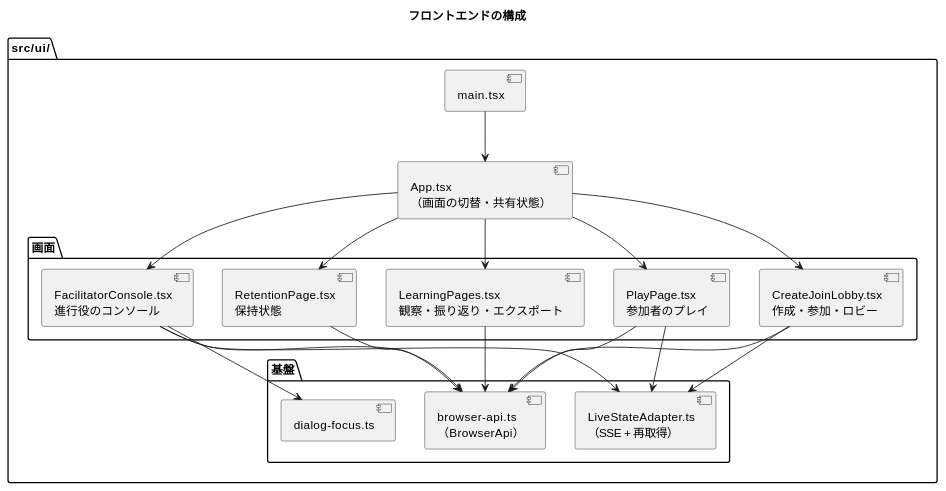
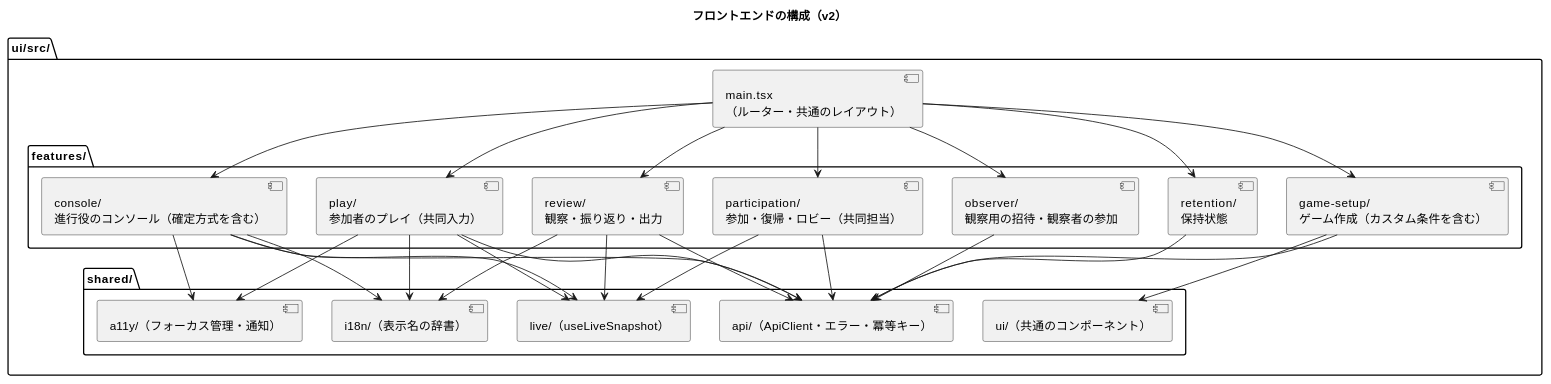
Before and after one commit to k2works/case-study-beer-game-simulation: the first of 2 diagrams in docs/design/beer-game2/architecture-frontend.md, drawn with PlantUML. The commit also changed other lines of this file and 5 other files, not shown here.

````diff
--- a/docs/design/beer-game2/architecture-frontend.md
+++ b/docs/design/beer-game2/architecture-frontend.md
@@ -38,40 +38,52 @@
 ```plantuml
 @startuml
-title フロントエンドの構成
+title フロントエンドの構成（v2）
 
-package "src/ui/" {
-  [main.tsx] as Main
-  [App.tsx\n（画面の切替・共有状態）] as App
+package "ui/src/" {
+  [main.tsx\n（ルーター・共通のレイアウト）] as Main
 
-  package "画面" {
-    [CreateJoinLobby.tsx\n作成・参加・ロビー] as CJL
-    [PlayPage.tsx\n参加者のプレイ] as Play
-    [FacilitatorConsole.tsx\n進行役のコンソール] as Fac
-    [LearningPages.tsx\n観察・振り返り・エクスポート] as Learn
-    [RetentionPage.tsx\n保持状態] as Ret
+  package "features/" {
+    [game-setup/\nゲーム作成（カスタム条件を含む）] as Setup
+    [participation/\n参加・復帰・ロビー（共同担当）] as Part
+    [observer/\n観察用の招待・観察者の参加] as Obs
+    [play/\n参加者のプレイ（共同入力）] as Play
+    [console/\n進行役のコンソール（確定方式を含む）] as Console
+    [review/\n観察・振り返り・出力] as Review
+    [retention/\n保持状態] as Retention
   }
 
-  package "基盤" {
-    [browser-api.ts\n（BrowserApi）] as Api
-    [LiveStateAdapter.ts\n（SSE + 再取得）] as Live
-    [dialog-focus.ts] as Focus
+  package "shared/" {
+    [api/（ApiClient・エラー・冪等キー）] as Api
+    [live/（useLiveSnapshot）] as Live
+    [i18n/（表示名の辞書）] as Labels
+    [a11y/（フォーカス管理・通知）] as A11y
+    [ui/（共通のコンポーネント）] as Ui
   }
 }
 
-Main --> App
-App --> CJL
-App --> Play
-App --> Fac
-App --> Learn
-App --> Ret
-CJL --> Api
+Main --> Setup
+Main --> Part
+Main --> Obs
+Main --> Play
+Main --> Console
+Main --> Review
+Main --> Retention
+Setup --> Api
+Part --> Api
+Obs --> Api
 Play --> Api
-Fac --> Api
-Learn --> Api
-Ret --> Api
-CJL --> Live
+Console --> Api
+Review --> Api
+Retention --> Api
+Part --> Live
 Play --> Live
-Fac --> Live
-Fac --> Focus
+Console --> Live
+Review --> Live
+Setup --> Ui
+Play --> A11y
+Console --> A11y
+Play --> Labels
+Console --> Labels
+Review --> Labels
 @enduml
 ```
````
